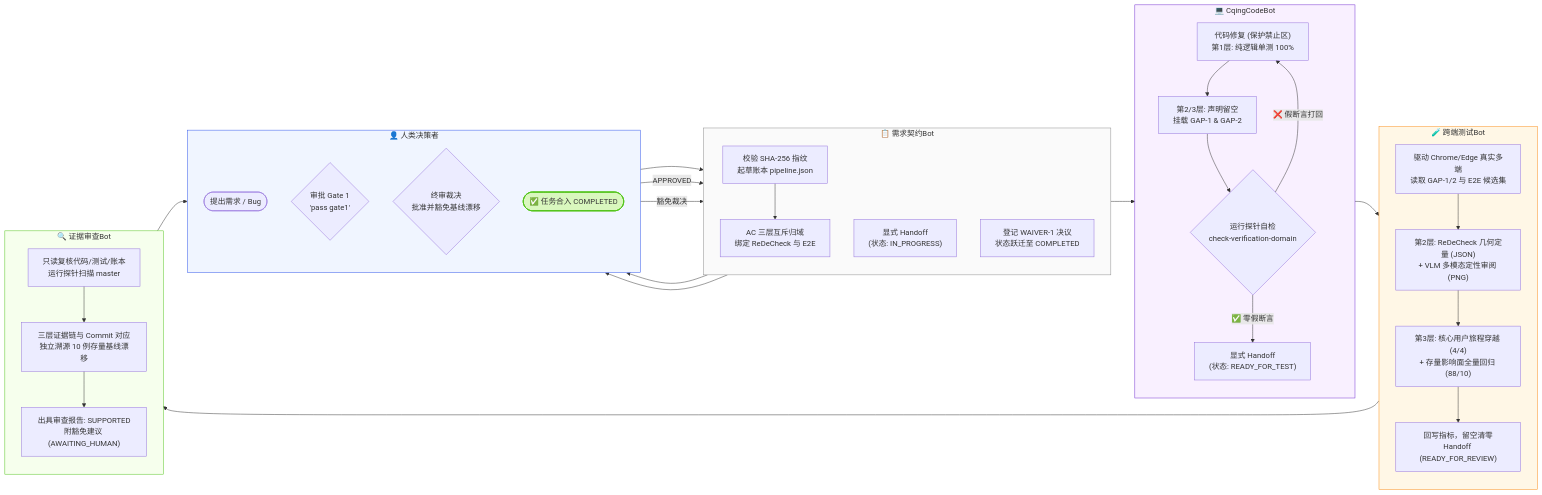
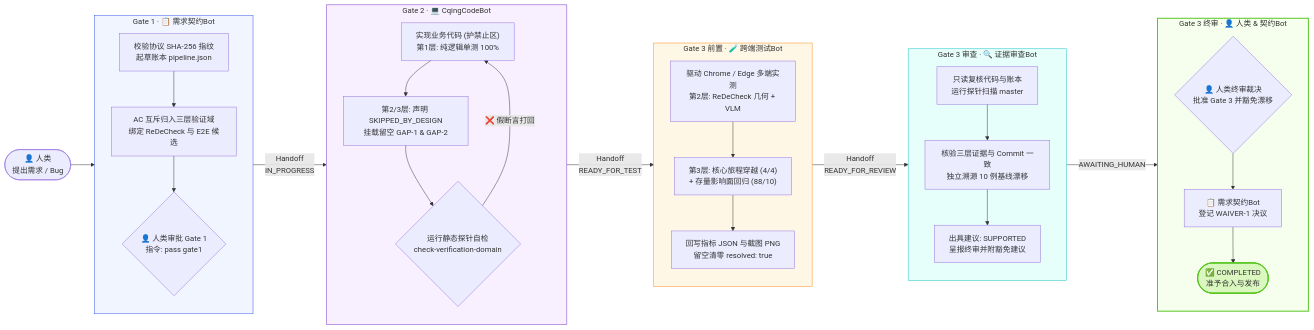
One commit to heycqing/orca-dev-squad changed the third of 5 diagrams in _shared/研发测试小分队交付协议演进对比报告（v1.0至v1.4）.md. Above: the diagram before and after it, drawn with Mermaid. The commit also changed other lines of this file, not shown here.

Commit message:
docs: 重新排版演进对比报告，优化流程图结构、表格式明细与跨端相对链接

````diff
--- a/_shared/研发测试小分队交付协议演进对比报告（v1.0至v1.4）.md
+++ b/_shared/研发测试小分队交付协议演进对比报告（v1.0至v1.4）.md
@@ -163,56 +174,58 @@
 ```mermaid
 flowchart LR
-    subgraph Lane_Human["👤 人类决策者"]
+    Start(["👤 人类<br/>提出需求 / Bug"])
+
+    subgraph G1["Gate 1 · 📋 需求契约Bot"]
         direction TB
-        H_Start(["提出需求 / Bug"])
-        H_Gate1{"审批 Gate 1<br/>'pass gate1'"}
-        H_Gate3{"终审裁决<br/>批准并豁免基线漂移"}
-        H_Done(["✅ 任务合入 COMPLETED"])
+        G1_A["校验协议 SHA-256 指纹<br/>起草账本 pipeline.json"]
+        G1_B["AC 互斥归入三层验证域<br/>绑定 ReDeCheck 与 E2E 候选"]
+        G1_C{"👤 人类审批 Gate 1<br/>指令: pass gate1"}
+        G1_A --> G1_B --> G1_C
     end
 
-    subgraph Lane_Contract["📋 需求契约Bot"]
+    subgraph G2["Gate 2 · 💻 CqingCodeBot"]
         direction TB
-        C_Init["校验 SHA-256 指纹<br/>起草账本 pipeline.json"]
-        C_Domain["AC 三层互斥归域<br/>绑定 ReDeCheck 与 E2E"]
-        C_Handoff1["显式 Handoff<br/>(状态: IN_PROGRESS)"]
-        C_Waiver["登记 WAIVER-1 决议<br/>状态跃迁至 COMPLETED"]
+        G2_A["实现业务代码 (护禁止区)<br/>第1层: 纯逻辑单测 100%"]
+        G2_B["第2/3层: 声明 SKIPPED_BY_DESIGN<br/>挂载留空 GAP-1 & GAP-2"]
+        G2_C{"运行静态探针自检<br/>check-verification-domain"}
+        G2_A --> G2_B --> G2_C
+        G2_C -->|"❌ 假断言打回"| G2_A
     end
 
-    subgraph Lane_Code["💻 CqingCodeBot"]
+    subgraph G3T["Gate 3 前置 · 🧪 跨端测试Bot"]
         direction TB
-        D_Code["代码修复 (保护禁止区)<br/>第1层: 纯逻辑单测 100%"]
-        D_Gap["第2/3层: 声明留空<br/>挂载 GAP-1 & GAP-2"]
-        D_Probe{"运行探针自检<br/>check-verification-domain"}
-        D_Handoff2["显式 Handoff<br/>(状态: READY_FOR_TEST)"]
+        G3T_A["驱动 Chrome / Edge 多端实测<br/>第2层: ReDeCheck 几何 + VLM"]
+        G3T_B["第3层: 核心旅程穿越 (4/4)<br/>+ 存量影响面回归 (88/10)"]
+        G3T_C["回写指标 JSON 与截图 PNG<br/>留空清零 resolved: true"]
+        G3T_A --> G3T_B --> G3T_C
     end
 
-    subgraph Lane_Test["🧪 跨端测试Bot"]
+    subgraph G3A["Gate 3 审查 · 🔍 证据审查Bot"]
         direction TB
-        T_Env["驱动 Chrome/Edge 真实多端<br/>读取 GAP-1/2 与 E2E 候选集"]
-        T_Visual["第2层: ReDeCheck 几何定量 (JSON)<br/>+ VLM 多模态定性审阅 (PNG)"]
-        T_Flow["第3层: 核心用户旅程穿越 (4/4)<br/>+ 存量影响面全量回归 (88/10)"]
-        T_Handoff3["回写指标，留空清零<br/>Handoff (READY_FOR_REVIEW)"]
+        G3A_A["只读复核代码与账本<br/>运行探针扫描 master"]
+        G3A_B["核验三层证据与 Commit 一致<br/>独立溯源 10 例基线漂移"]
+        G3A_C["出具建议: SUPPORTED<br/>呈报终审并附豁免建议"]
+        G3A_A --> G3A_B --> G3A_C
     end
 
-    subgraph Lane_Review["🔍 证据审查Bot"]
+    subgraph G3H["Gate 3 终审 · 👤 人类 & 契约Bot"]
         direction TB
-        R_Audit["只读复核代码/测试/账本<br/>运行探针扫描 master"]
-        R_Trace["三层证据链与 Commit 对应<br/>独立溯源 10 例存量基线漂移"]
-        R_Result["出具审查报告: SUPPORTED<br/>附豁免建议 (AWAITING_HUMAN)"]
+        H_Final{"👤 人类终审裁决<br/>批准 Gate 3 并豁免漂移"}
+        C_Waive["📋 需求契约Bot<br/>登记 WAIVER-1 决议"]
+        Done(["✅ COMPLETED<br/>准予合入与发布"])
+        H_Final --> C_Waive --> Done
     end
 
-    %% 横向跨角色流转链路
-    H_Start --> C_Init --> C_Domain --> H_Gate1
-    H_Gate1 -->|"APPROVED"| C_Handoff1 --> D_Code --> D_Gap --> D_Probe
-    D_Probe -->|"❌ 假断言打回"| D_Code
-    D_Probe -->|"✅ 零假断言"| D_Handoff2 --> T_Env --> T_Visual --> T_Flow --> T_Handoff3
-    T_Handoff3 --> R_Audit --> R_Trace --> R_Result --> H_Gate3
-    H_Gate3 -->|"豁免裁决"| C_Waiver --> H_Done
+    Start --> G1_A
+    G1_C -->|"Handoff<br/>IN_PROGRESS"| G2_A
+    G2_C -->|"Handoff<br/>READY_FOR_TEST"| G3T_A
+    G3T_C -->|"Handoff<br/>READY_FOR_REVIEW"| G3A_A
+    G3A_C -->|"AWAITING_HUMAN"| H_Final
 
-    style Lane_Human fill:#f0f5ff,stroke:#2f54eb,stroke-width:1px
-    style Lane_Contract fill:#fafafa,stroke:#8c8c8c,stroke-width:1px
-    style Lane_Code fill:#f9f0ff,stroke:#722ed1,stroke-width:1px
-    style Lane_Test fill:#fff7e6,stroke:#fa8c16,stroke-width:1px
-    style Lane_Review fill:#f6ffed,stroke:#52c41a,stroke-width:1px
-    style H_Done fill:#d9f7be,stroke:#52c41a,stroke-width:2px
+    style G1 fill:#f0f5ff,stroke:#2f54eb,stroke-width:1px
+    style G2 fill:#f9f0ff,stroke:#722ed1,stroke-width:1px
+    style G3T fill:#fff7e6,stroke:#fa8c16,stroke-width:1px
+    style G3A fill:#e6fffb,stroke:#13c2c2,stroke-width:1px
+    style G3H fill:#f6ffed,stroke:#52c41a,stroke-width:2px
+    style Done fill:#d9f7be,stroke:#52c41a,stroke-width:2px
 ```
````
